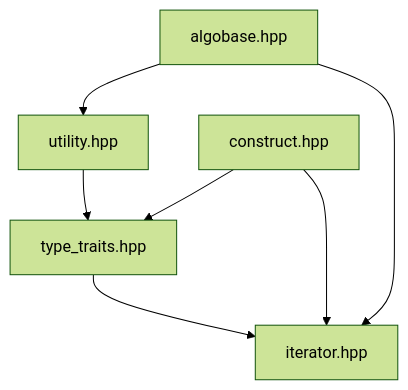
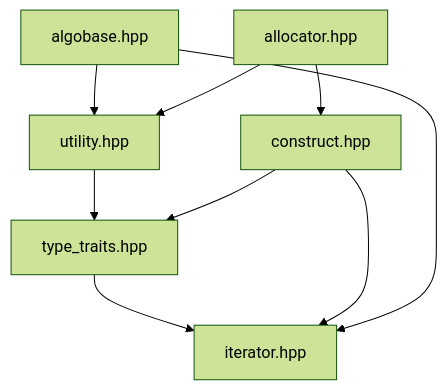
Before and after one commit to LiuYuan-SHU/tiny_stl: the first of 10 diagrams in README.md, drawn with Mermaid (forest theme). The commit also changed other lines of this file, not shown here.

Commit message:
README.md: update for allocator

````diff
--- a/README.md
+++ b/README.md
@@ -7,14 +9,16 @@
 ```mermaid
 flowchart TD
 
 iterator[iterator.hpp]
 type_traits[type_traits.hpp]
 utility[utility.hpp]
 construct[construct.hpp]
 algobase[algobase.hpp]
+allocator[allocator.hpp]
 
 type_traits --> iterator
 utility --> type_traits
 construct --> iterator & type_traits
 algobase --> utility & iterator
+allocator --> construct & utility
 ```
````
